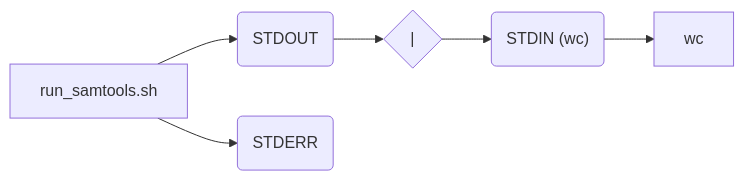
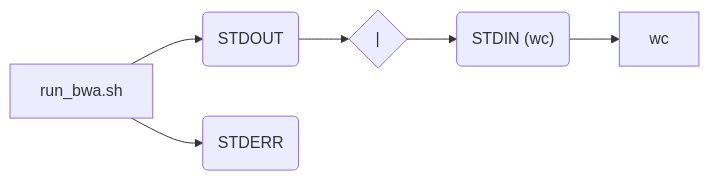
One commit to fhdsl/bash_for_bio changed the second of 2 diagrams in 02_scripting.qmd. Above: the diagram before and after it, drawn with Mermaid. The commit also changed other lines of this file and 7 other files, not shown here.

````diff
--- a/02_scripting.qmd
+++ b/02_scripting.qmd
@@ -365,8 +449,8 @@
 ```{mermaid}
 graph LR
-  E[run_samtools.sh] --> B(STDOUT)
+  E[run_bwa.sh] --> B(STDOUT)
   B --> F{"|"}
   E --> C(STDERR)
   F --> D("STDIN (wc)")
   D --> G[wc]
 ```
````
